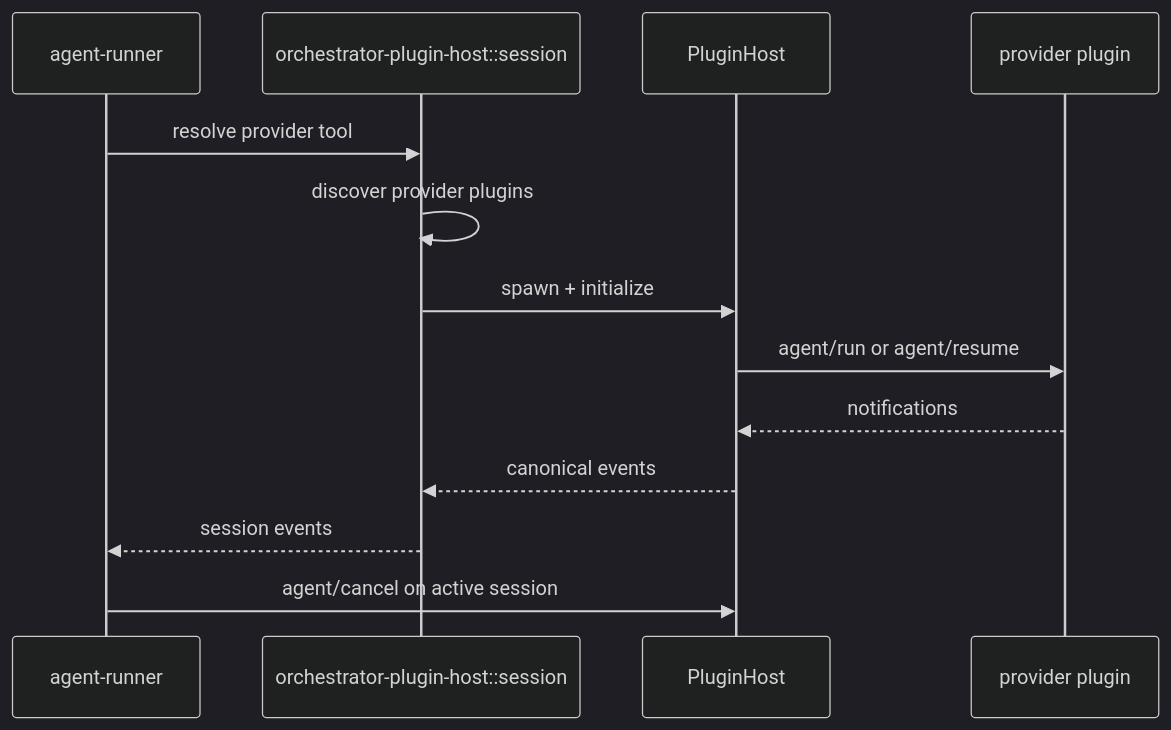
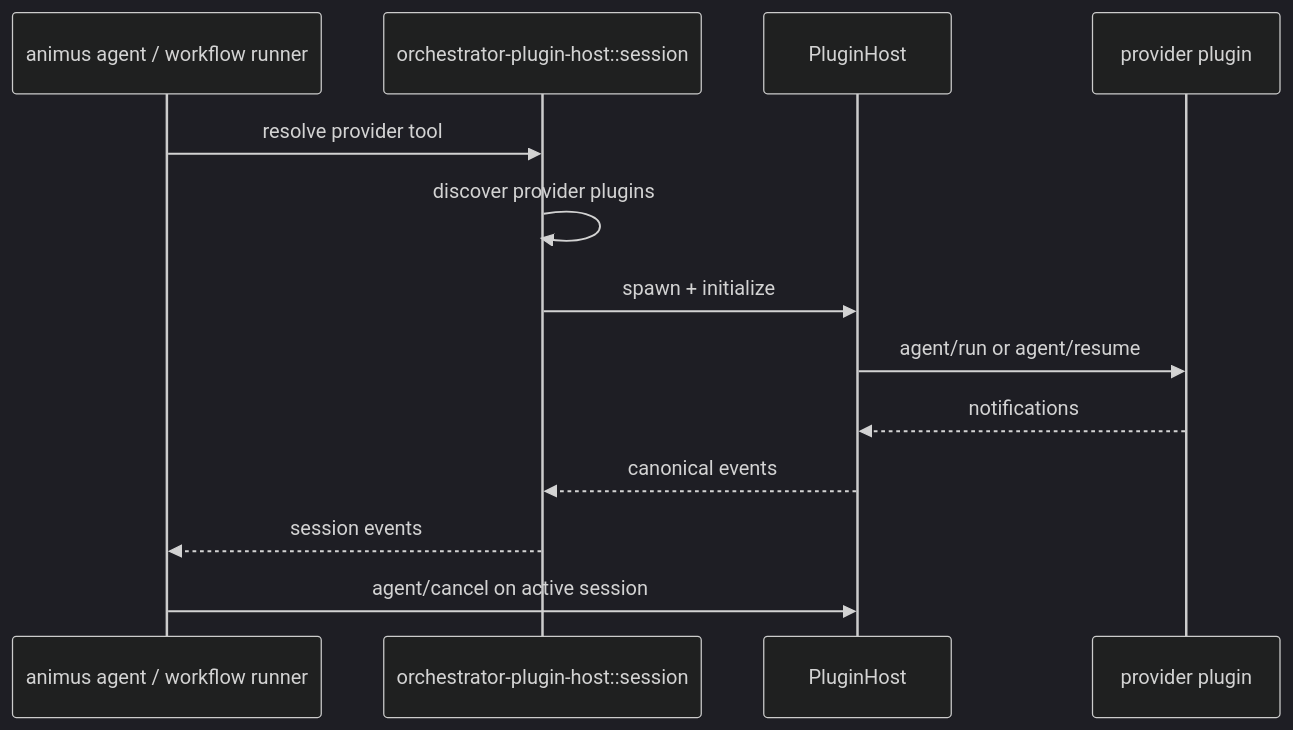
One commit to launchapp-dev/animus-cli changed the diagram in docs/architecture/llm-cli-wrapper-session-backends.md. Above: the diagram before and after it, drawn with Mermaid (dark theme). The commit also changed other lines of this file and 6 other files, not shown here.

````diff
--- a/docs/architecture/llm-cli-wrapper-session-backends.md
+++ b/docs/architecture/llm-cli-wrapper-session-backends.md
@@ -26,16 +27,16 @@
 ```mermaid
 sequenceDiagram
-    participant Runner as agent-runner
+    participant Caller as animus agent / workflow runner
     participant Resolver as orchestrator-plugin-host::session
     participant Host as PluginHost
     participant Plugin as provider plugin
 
-    Runner->>Resolver: resolve provider tool
+    Caller->>Resolver: resolve provider tool
     Resolver->>Resolver: discover provider plugins
     Resolver->>Host: spawn + initialize
     Host->>Plugin: agent/run or agent/resume
     Plugin-->>Host: notifications
     Host-->>Resolver: canonical events
-    Resolver-->>Runner: session events
-    Runner->>Host: agent/cancel on active session
+    Resolver-->>Caller: session events
+    Caller->>Host: agent/cancel on active session
 ```
````
